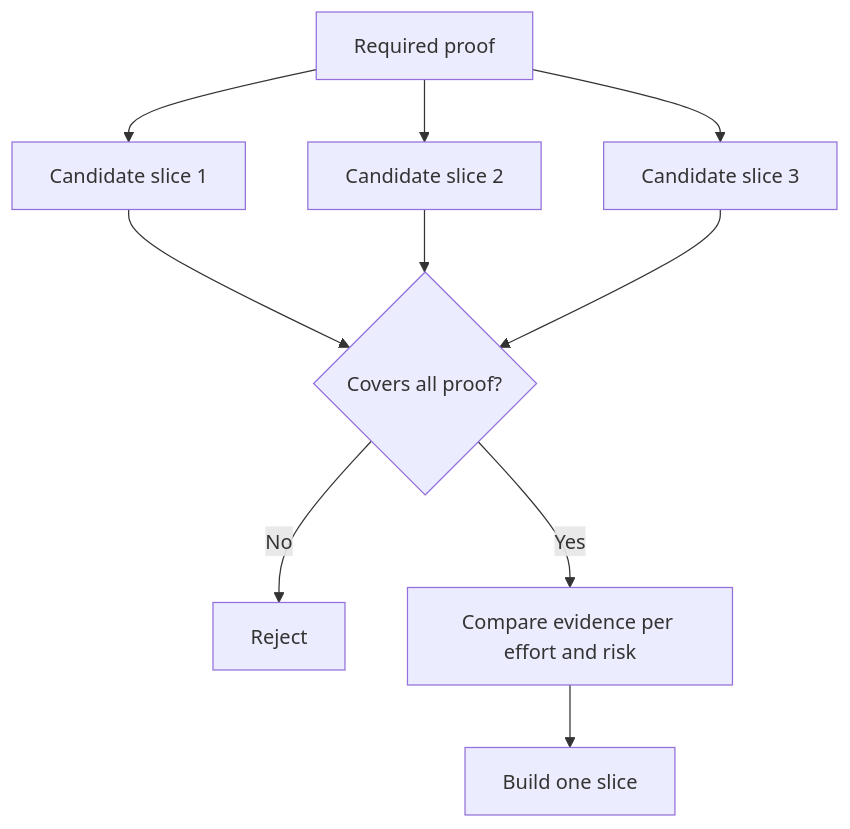
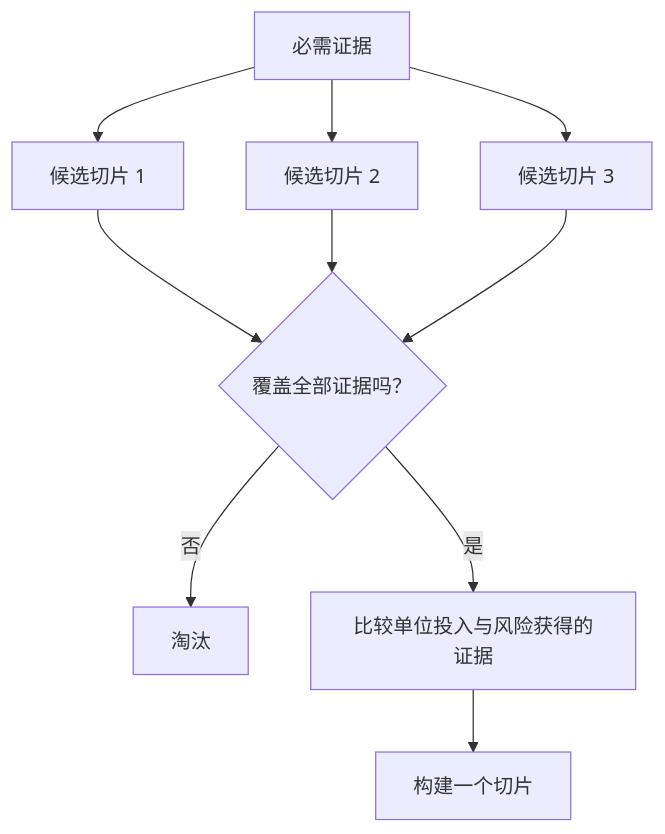
One commit to fancyboi999/ai-engineering-from-scratch-zh changed the diagram in phases/14-agent-engineering/50-choose-the-smallest-testable-slice/docs/zh.md. Above: the diagram before and after it, drawn with Mermaid. The commit also changed 35 other files, not shown here.

````diff
--- a/phases/14-agent-engineering/50-choose-the-smallest-testable-slice/docs/zh.md
+++ b/phases/14-agent-engineering/50-choose-the-smallest-testable-slice/docs/zh.md
@@ -43,12 +43,12 @@
 ```mermaid
 flowchart TD
-  R[Required proof] --> C1[Candidate slice 1]
-  R --> C2[Candidate slice 2]
-  R --> C3[Candidate slice 3]
-  C1 --> G{Covers all proof?}
+  R[必需证据] --> C1[候选切片 1]
+  R --> C2[候选切片 2]
+  R --> C3[候选切片 3]
+  C1 --> G{覆盖全部证据吗？}
   C2 --> G
   C3 --> G
-  G -->|No| X[Reject]
-  G -->|Yes| S[Compare evidence per effort and risk]
-  S --> B[Build one slice]
+  G -->|否| X[淘汰]
+  G -->|是| S[比较单位投入与风险获得的证据]
+  S --> B[构建一个切片]
 ```
````
